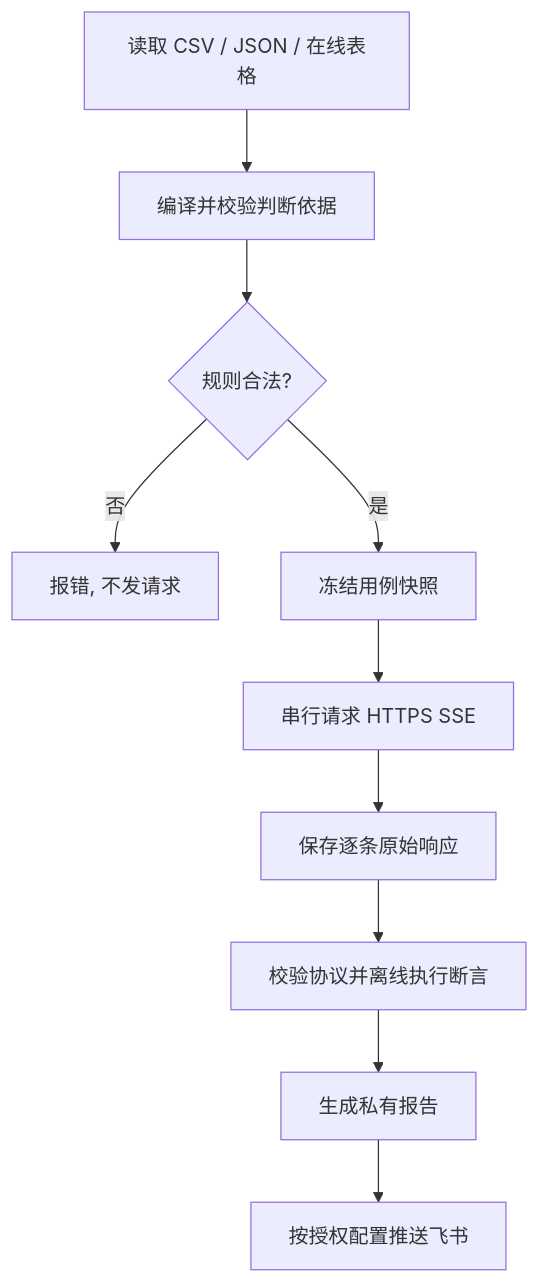
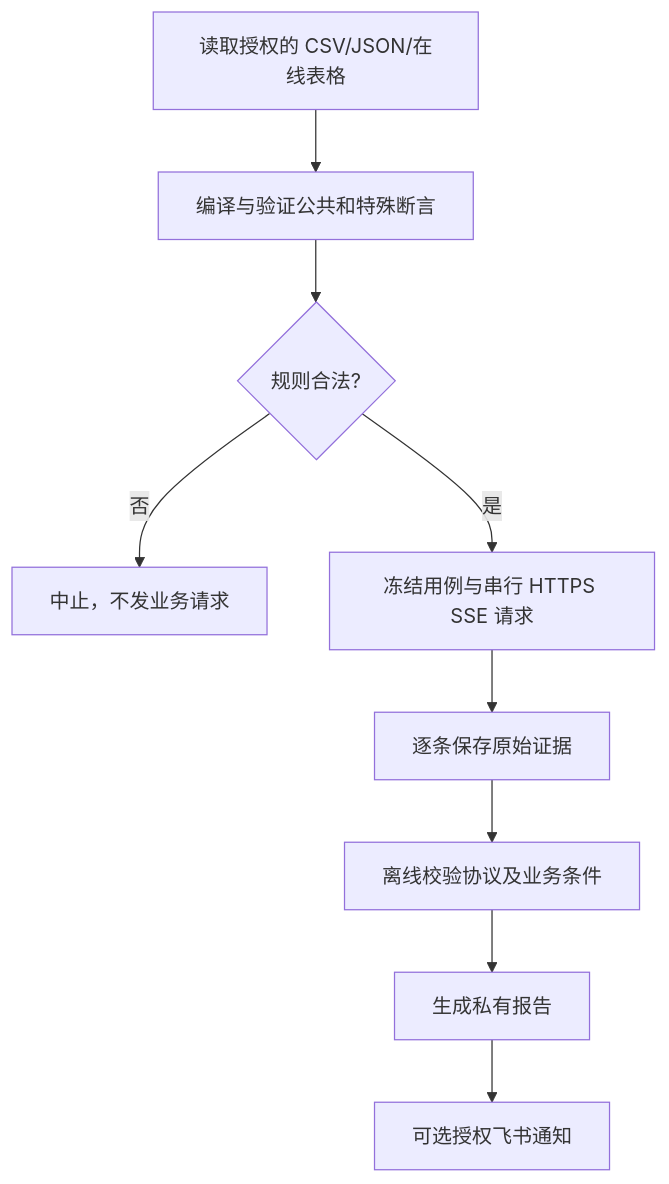
The diagram in README.md (haomiaoOnline/api-sse-probe), drawn with Mermaid before and after one commit. The commit also changed other lines of this file and 51 other files, not shown here.

````diff
--- a/README.md
+++ b/README.md
@@ -40,12 +37,11 @@
 ```mermaid
 flowchart TD
-  A[读取 CSV / JSON / 在线表格] --> B[编译并校验判断依据]
+  A[读取授权的 CSV/JSON/在线表格] --> B[编译与验证公共和特殊断言]
   B --> C{规则合法?}
-  C -->|否| X[报错, 不发请求]
-  C -->|是| D[冻结用例快照]
-  D --> E[串行请求 HTTPS SSE]
-  E --> F[保存逐条原始响应]
-  F --> G[校验协议并离线执行断言]
-  G --> H[生成私有报告]
-  H --> I[按授权配置推送飞书]
+  C -->|否| X[中止，不发业务请求]
+  C -->|是| D[冻结用例与串行 HTTPS SSE 请求]
+  D --> E[逐条保存原始证据]
+  E --> F[离线校验协议及业务条件]
+  F --> G[生成私有报告]
+  G --> H[可选授权飞书通知]
 ```
````
